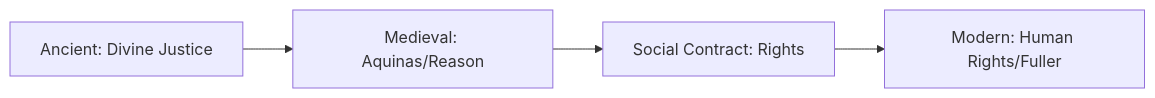
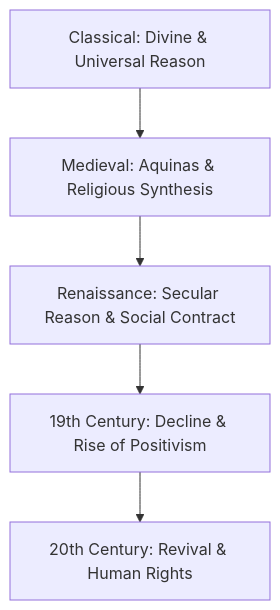
One commit to Dr0na/law-study-notes changed the first of 4 diagrams in Academics/Law/SPPU/LLB - I/Semester - II/Jurisprudence/05-question-bank/Master_Question_Bank_Consolidated.md. Above: the diagram before and after it, drawn with Mermaid. The commit also changed other lines of this file, not shown here.

````diff
--- a/Academics/Law/SPPU/LLB - I/Semester - II/Jurisprudence/05-question-bank/Master_Question_Bank_Consolidated.md
+++ b/Academics/Law/SPPU/LLB - I/Semester - II/Jurisprudence/05-question-bank/Master_Question_Bank_Consolidated.md
@@ -49,6 +58,7 @@
 ```mermaid
-graph LR
-    Ancient[Ancient: Divine Justice] --> Medieval[Medieval: Aquinas/Reason]
-    Medieval --> Social[Social Contract: Rights]
-    Social --> Revival[Modern: Human Rights/Fuller]
+graph TD
+    A[Classical: Divine & Universal Reason] --> B[Medieval: Aquinas & Religious Synthesis]
+    B --> C[Renaissance: Secular Reason & Social Contract]
+    C --> D[19th Century: Decline & Rise of Positivism]
+    D --> E[20th Century: Revival & Human Rights]
 ```
````
